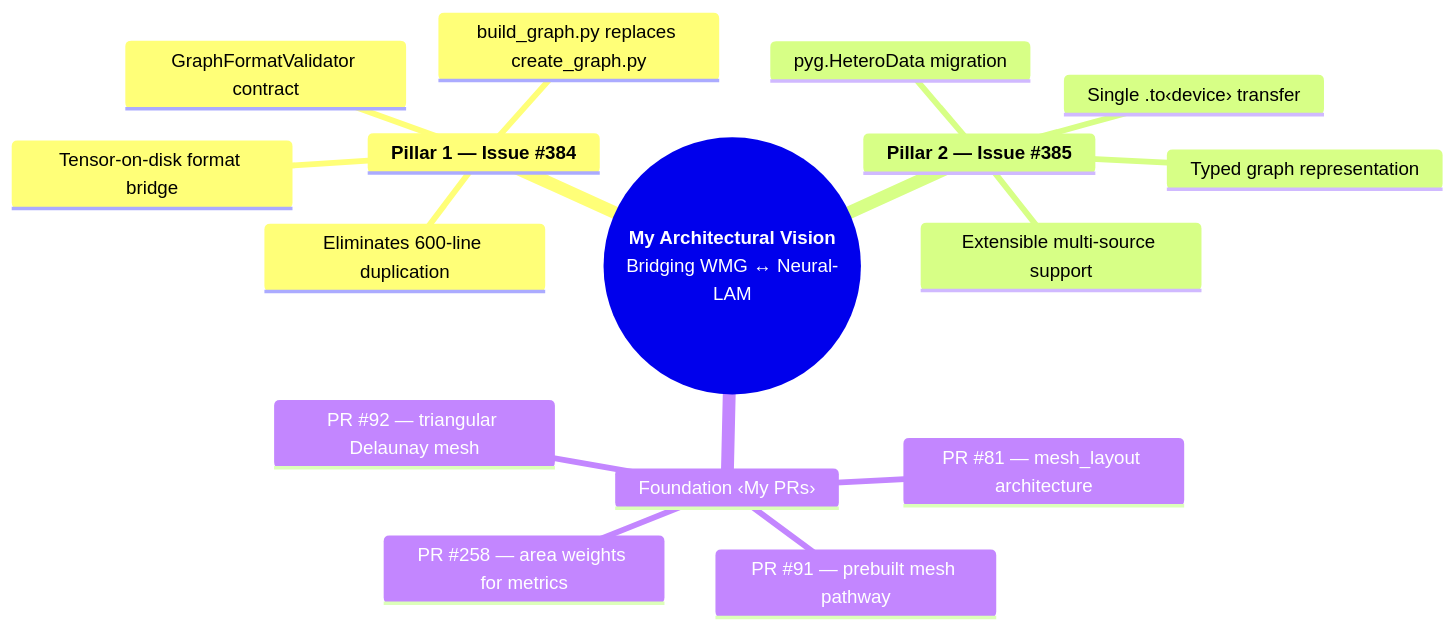
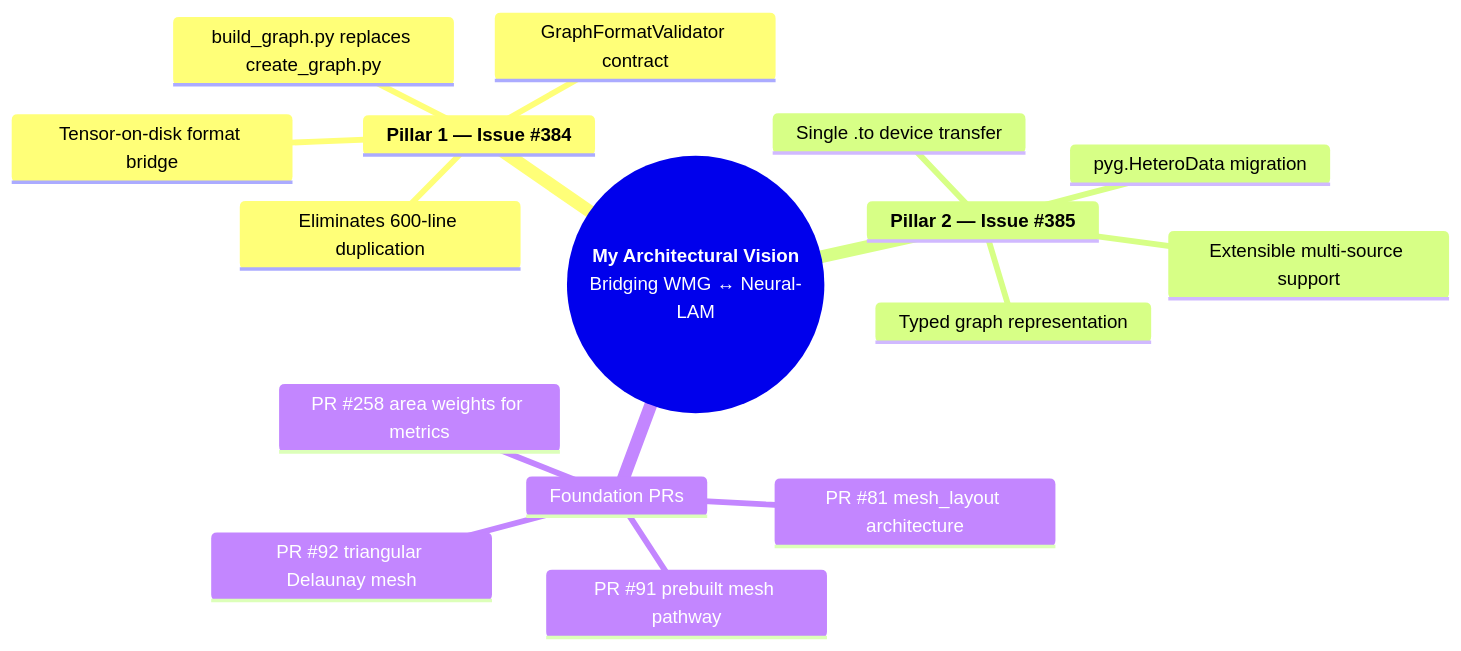
One commit to prajwal-tech07/Gsoc_test changed the first of 14 diagrams in GSoC_Project_Created_By_Antigravity.md. Above: the diagram before and after it, drawn with Mermaid. The commit also changed other lines of this file and 3 other files, not shown here.

````diff
--- a/GSoC_Project_Created_By_Antigravity.md
+++ b/GSoC_Project_Created_By_Antigravity.md
@@ -77,19 +71,19 @@
 ```mermaid
 mindmap
   root((**My Architectural Vision**<br/>Bridging WMG ↔ Neural-LAM))
     **Pillar 1 — Issue #384**
       Tensor-on-disk format bridge
       build_graph.py replaces create_graph.py
       GraphFormatValidator contract
       Eliminates 600-line duplication
     **Pillar 2 — Issue #385**
       pyg.HeteroData migration
       Typed graph representation
-      Single .to‹device› transfer
+      Single .to device transfer
       Extensible multi-source support
-    Foundation ‹My PRs›
-      PR #81 — mesh_layout architecture
-      PR #91 — prebuilt mesh pathway
-      PR #92 — triangular Delaunay mesh
-      PR #258 — area weights for metrics
+    Foundation PRs
+      PR #81 mesh_layout architecture
+      PR #91 prebuilt mesh pathway
+      PR #92 triangular Delaunay mesh
+      PR #258 area weights for metrics
 ```
````
